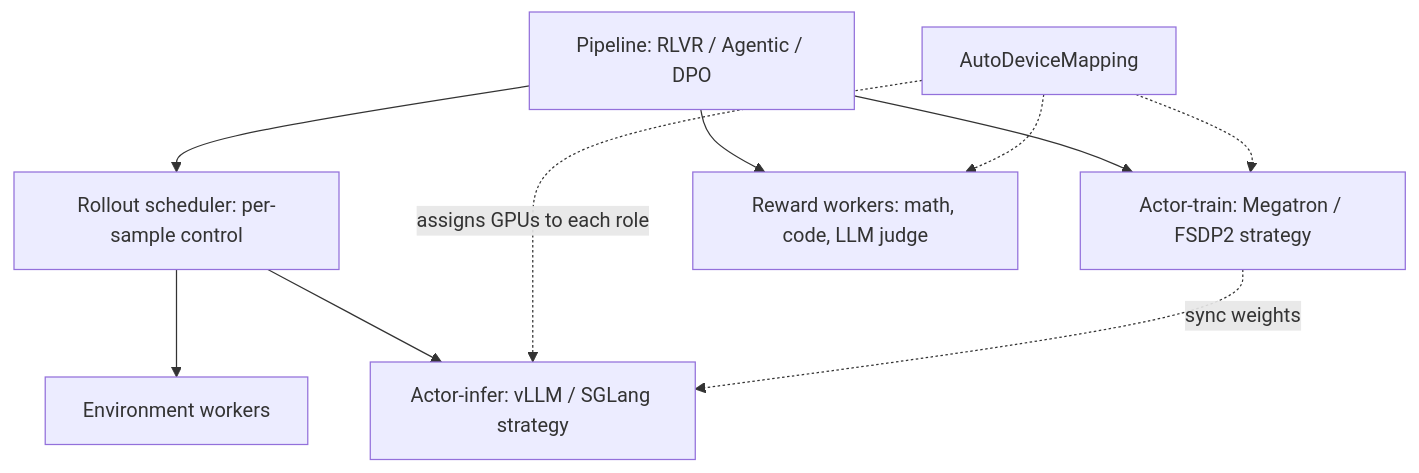
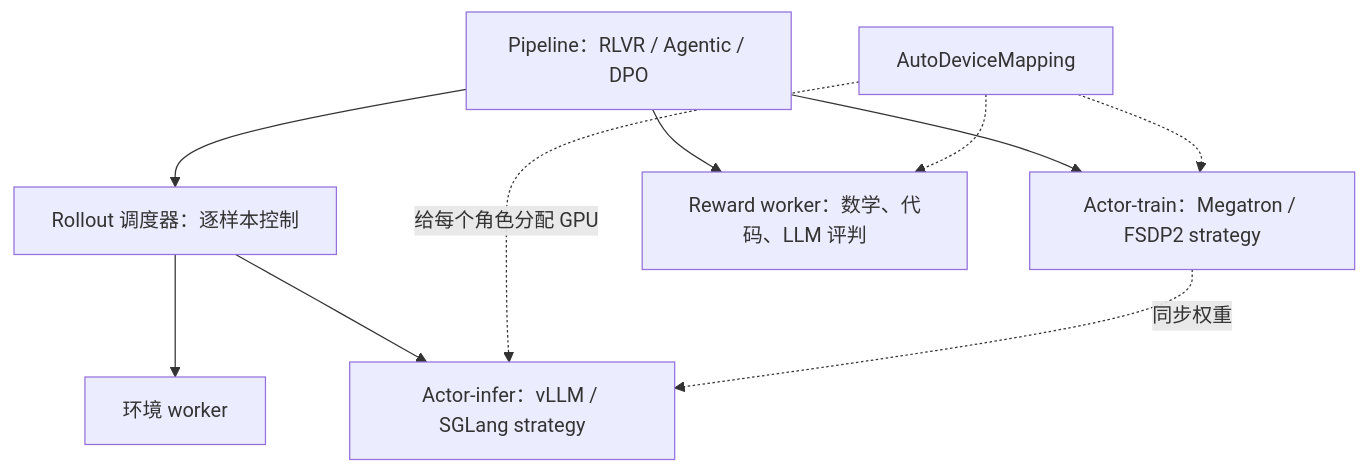
One commit to lxy-alexander/VoidIndex changed the sixth of 8 diagrams in src/content/posts/llm-rl-frameworks.md. Above: the diagram before and after it, drawn with Mermaid. The commit also changed other lines of this file and 4 other files, not shown here.

````diff
--- a/src/content/posts/llm-rl-frameworks.md
+++ b/src/content/posts/llm-rl-frameworks.md
@@ -183,13 +183,13 @@
 ```mermaid
 flowchart TB
-  PL["Pipeline: RLVR / Agentic / DPO"]
-  PL --> SCH["Rollout scheduler: per-sample control"]
-  SCH --> ENV["Environment workers"]
-  SCH --> INF["Actor-infer: vLLM / SGLang strategy"]
-  PL --> TR["Actor-train: Megatron / FSDP2 strategy"]
-  PL --> RW["Reward workers: math, code, LLM judge"]
-  ADM["AutoDeviceMapping"] -. "assigns GPUs to each role" .-> INF
+  PL["Pipeline：RLVR / Agentic / DPO"]
+  PL --> SCH["Rollout 调度器：逐样本控制"]
+  SCH --> ENV["环境 worker"]
+  SCH --> INF["Actor-infer：vLLM / SGLang strategy"]
+  PL --> TR["Actor-train：Megatron / FSDP2 strategy"]
+  PL --> RW["Reward worker：数学、代码、LLM 评判"]
+  ADM["AutoDeviceMapping"] -. "给每个角色分配 GPU" .-> INF
   ADM -.-> TR
   ADM -.-> RW
-  TR -. "sync weights" .-> INF
+  TR -. "同步权重" .-> INF
 ```
````
